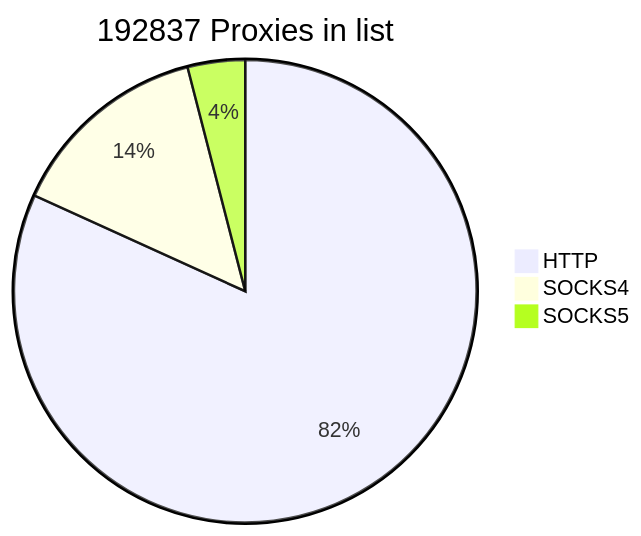
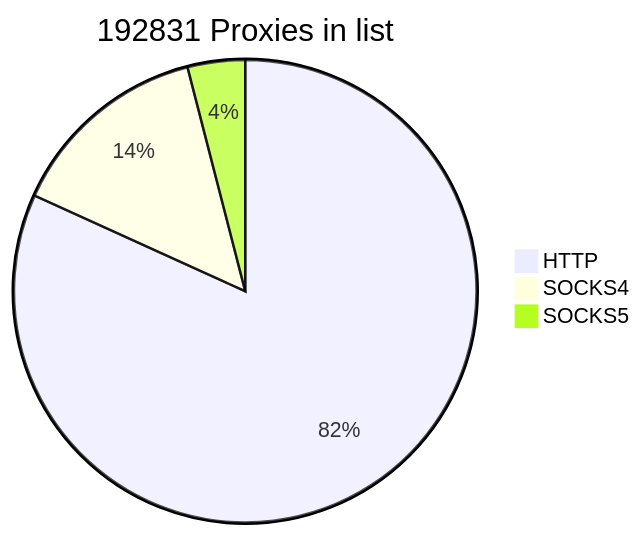
Before and after one commit to cutipu/proxylist: the first of 2 diagrams in README.md, drawn with Mermaid. The commit also changed other lines of this file, not shown here.

````diff
--- a/README.md
+++ b/README.md
@@ -2,7 +2,7 @@
 ```mermaid
-pie title 192837 Proxies in list
-    "HTTP" : 157718
-    "SOCKS4" : 27380
-    "SOCKS5" : 7739
+pie title 192831 Proxies in list
+    "HTTP" : 157714
+    "SOCKS4" : 27377
+    "SOCKS5" : 7740
             
 ```
````
